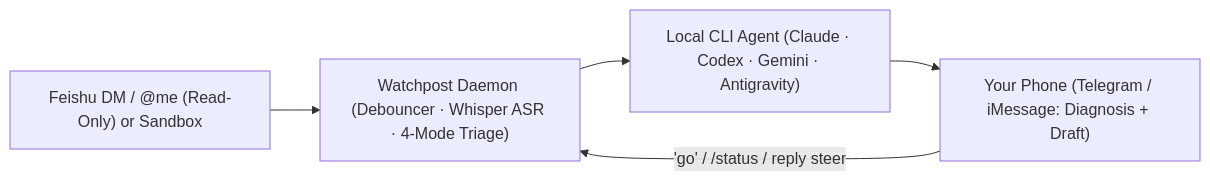
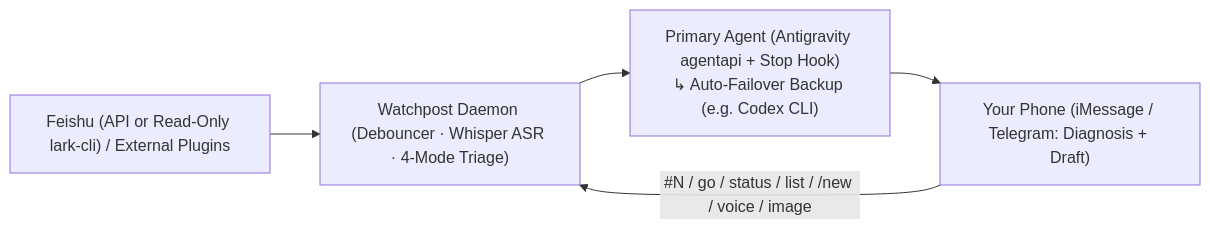
The diagram in README.md (Popcornnnnnnnn/watchpost), drawn with Mermaid before and after one commit. The commit also changed other lines of this file and 20 other files, not shown here.

Commit message:
feat: release Watchpost v0.3.0 parity (Antigravity+Fallback, lark-cli, plugins, iMessage parity)

````diff
--- a/README.md
+++ b/README.md
@@ -8,7 +8,7 @@
 ```mermaid
 flowchart LR
-    A["Feishu DM / @me (Read-Only) or Sandbox"] --> B["Watchpost Daemon (Debouncer · Whisper ASR · 4-Mode Triage)"]
-    B --> C["Local CLI Agent (Claude · Codex · Gemini · Antigravity)"]
-    C --> D["Your Phone (Telegram / iMessage: Diagnosis + Draft)"]
-    D -->|"'go' / /status / reply steer"| B
+    A["Feishu (API or Read-Only lark-cli) / External Plugins"] --> B["Watchpost Daemon (Debouncer · Whisper ASR · 4-Mode Triage)"]
+    B --> C["Primary Agent (Antigravity agentapi + Stop Hook)\n↳ Auto-Failover Backup (e.g. Codex CLI)"]
+    C --> D["Your Phone (iMessage / Telegram: Diagnosis + Draft)"]
+    D -->|"#N / go / status / list / /new / voice / image"| B
 ```
````
